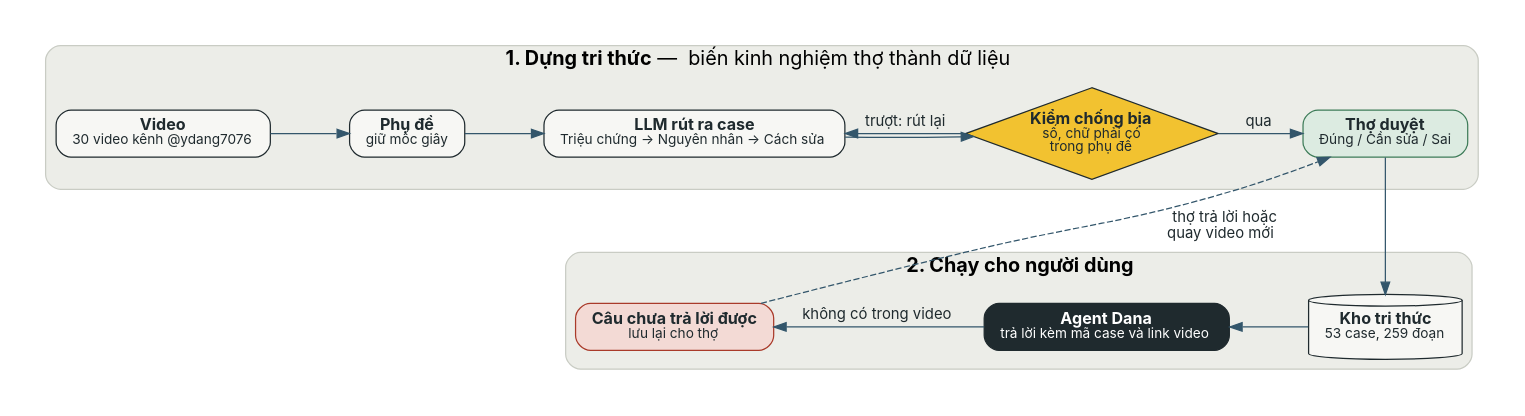
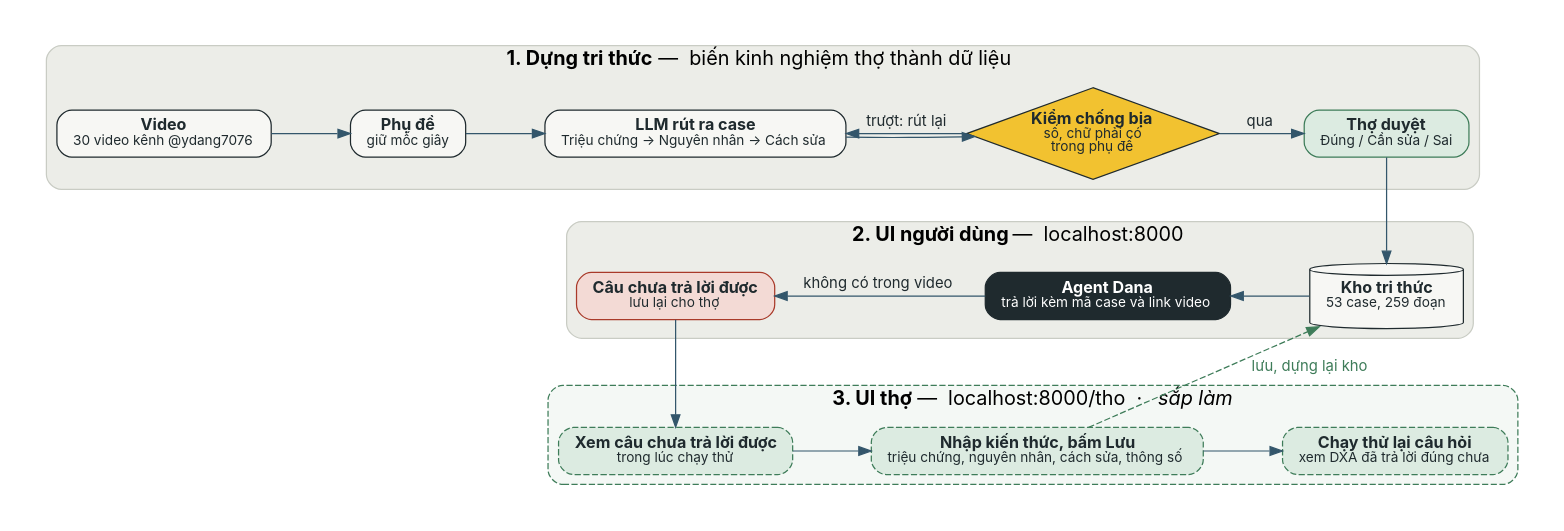
The diagram in dxa-automative-agent_dana/docs/pipeline.dot (ydangishere/dev-projects), drawn with Graphviz before and after one commit. The commit also changed 2 other files, not shown here.

Commit message:
docs(dxa-dana): add planned expert UI loop to pipeline diagram (#5)
Shows two UIs: user UI (localhost:8000) and planned expert UI
(localhost:8000/tho) where the mechanic reviews unanswered questions,
adds knowledge, saves (rebuilds the store) and re-runs the question.

Claude-Session: https://claude.ai/code/session_0152qqw8eysgfoqM9B2gDnvR

```diff
--- a/dxa-automative-agent_dana/docs/pipeline.dot
+++ b/dxa-automative-agent_dana/docs/pipeline.dot
@@ -1,34 +1,45 @@
-// Pipeline DXA: video → tri thức → agent → câu chưa trả lời được quay lại cho thợ.
+// Pipeline DXA: video → tri thức → agent → câu chưa trả lời được → thợ bổ sung → kho tri thức.
+// Hai giao diện: UI người dùng (localhost:8000) và UI thợ (localhost:8000/tho, sắp làm).
 // Dựng ảnh: dot -Tpng -Gdpi=150 pipeline.dot -o pipeline.png
 digraph DXA {
   graph [rankdir=TB, bgcolor="white", fontname="Inter", fontsize=16, nodesep=0.45, ranksep=0.7, pad=0.3, newrank=true];
   node  [fontname="Inter", fontsize=13, shape=box, style="rounded,filled", fillcolor="#F7F7F4", color="#1F2A2E", fontcolor="#1F2A2E", margin="0.18,0.10"];
   edge  [fontname="Inter", fontsize=12, color="#33566B", fontcolor="#1F2A2E"];
 
   subgraph cluster_build {
     label=<<b>1. Dựng tri thức</b>  —  biến kinh nghiệm thợ thành dữ liệu>; style="rounded,filled"; fillcolor="#ECEDE8"; color="#C9CCC4";
     V [label=<<b>Video</b><br/><font point-size="11">30 video kênh @ydang7076</font>>];
     P [label=<<b>Phụ đề</b><br/><font point-size="11">giữ mốc giây</font>>];
     L [label=<<b>LLM rút ra case</b><br/><font point-size="11">Triệu chứng → Nguyên nhân → Cách sửa</font>>];
     C [label=<<b>Kiểm chống bịa</b><br/><font point-size="11">số, chữ phải có<br/>trong phụ đề</font>>, shape=diamond, margin="0.02,0.02", style="filled", fillcolor="#F2C230"];
     T [label=<<b>Thợ duyệt</b><br/><font point-size="11">Đúng / Cần sửa / Sai</font>>, fillcolor="#DCEBE1", color="#3E7C59"];
   }
 
   subgraph cluster_run {
-    label=<<b>2. Chạy cho người dùng</b>>; style="rounded,filled"; fillcolor="#ECEDE8"; color="#C9CCC4";
+    label=<<b>2. UI người dùng</b>  —  localhost:8000>; style="rounded,filled"; fillcolor="#ECEDE8"; color="#C9CCC4";
     K [label=<<b>Kho tri thức</b><br/><font point-size="11">53 case, 259 đoạn</font>>, shape=cylinder, style="filled"];
     A [label=<<b>Agent Dana</b><br/><font point-size="11">trả lời kèm mã case và link video</font>>, fillcolor="#1F2A2E", fontcolor="white"];
     U [label=<<b>Câu chưa trả lời được</b><br/><font point-size="11">lưu lại cho thợ</font>>, fillcolor="#F3DAD5", color="#A93A2A"];
   }
 
+  subgraph cluster_expert {
+    label=<<b>3. UI thợ</b>  —  localhost:8000/tho  ·  <i>sắp làm</i>>; style="rounded,filled,dashed"; fillcolor="#F4F8F5"; color="#3E7C59";
+    E1 [label=<<b>Xem câu chưa trả lời được</b><br/><font point-size="11">trong lúc chạy thử</font>>, style="rounded,filled,dashed", fillcolor="#DCEBE1", color="#3E7C59"];
+    E2 [label=<<b>Nhập kiến thức, bấm Lưu</b><br/><font point-size="11">triệu chứng, nguyên nhân, cách sửa, thông số</font>>, style="rounded,filled,dashed", fillcolor="#DCEBE1", color="#3E7C59"];
+    E3 [label=<<b>Chạy thử lại câu hỏi</b><br/><font point-size="11">xem DXA đã trả lời đúng chưa</font>>, style="rounded,filled,dashed", fillcolor="#DCEBE1", color="#3E7C59"];
+  }
+
   { rank=same; V; P; L; C; T; }
   { rank=same; K; A; U; }
+  { rank=same; E1; E2; E3; }
 
   V -> P -> L -> C;
   C -> T [label="  qua  "];
   C -> L [label="trượt: rút lại", constraint=false];
   T -> K;
   A -> K [dir=back];
   U -> A [dir=back, label="  không có trong video  "];
-  U -> T [style=dashed, label="  thợ trả lời hoặc\n  quay video mới  ", constraint=false];
+  U -> E1;
+  E1 -> E2 -> E3;
+  E2 -> K [style=dashed, color="#3E7C59", fontcolor="#3E7C59", label="  lưu, dựng lại kho  ", constraint=false];
 }
```
